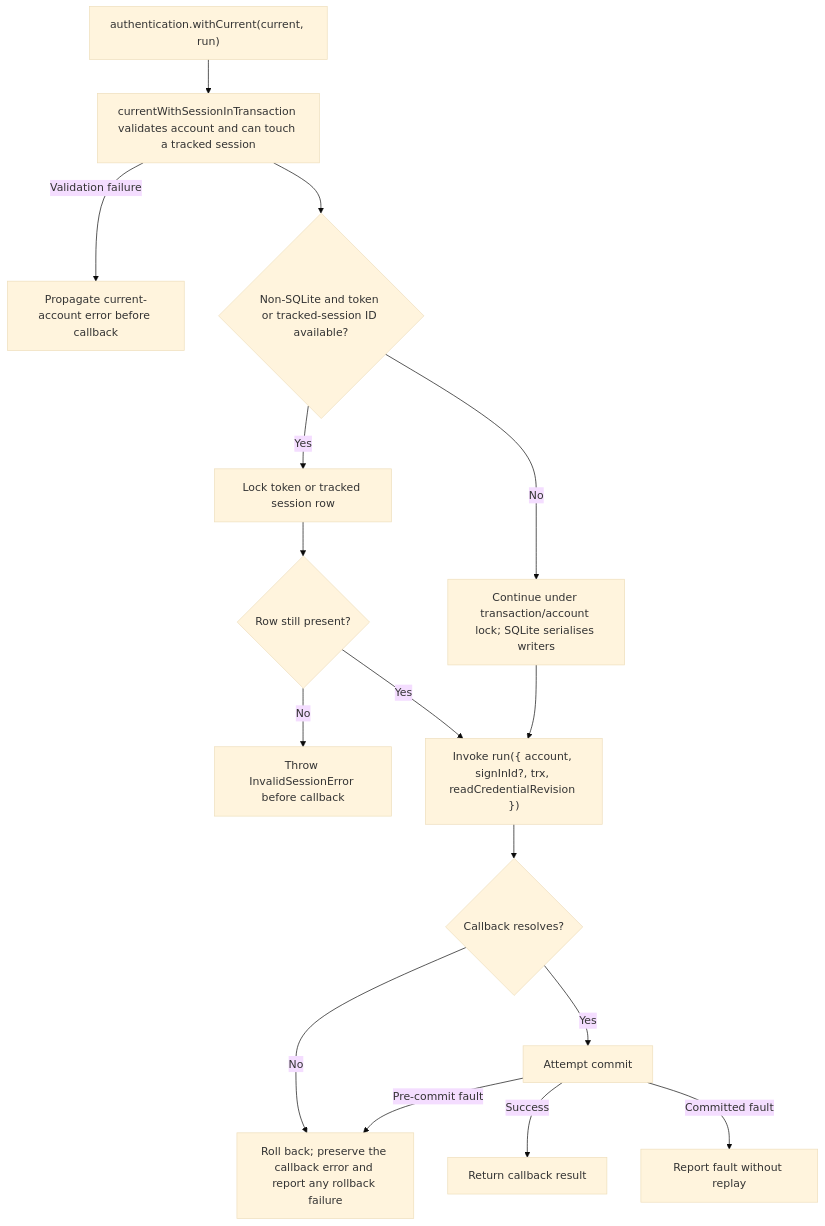
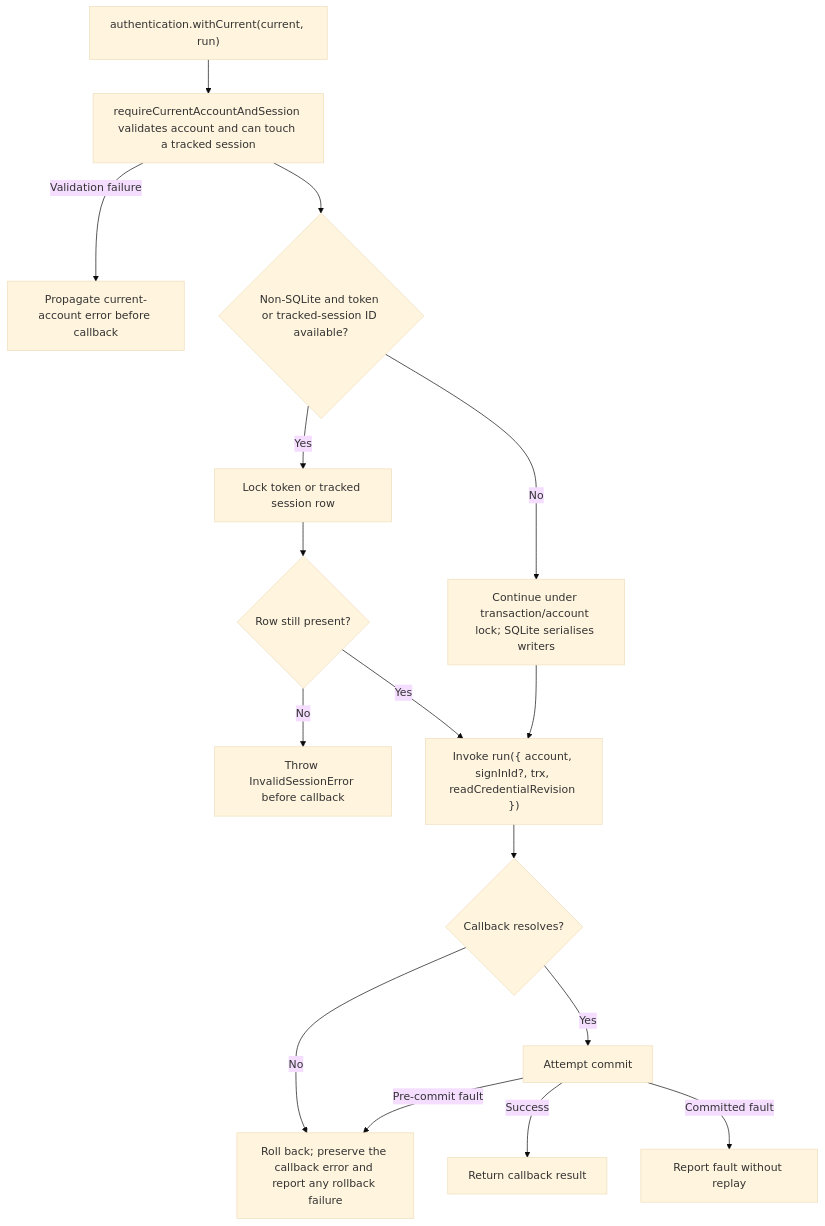
One commit to Kevinjohn/oss-adonisjs-account-kit changed the second of 2 diagrams in user-stories/US-ACCOUNT-41-guard-host-write-with-current.md. Above: the diagram before and after it, drawn with Mermaid (base theme). The commit also changed 29 other files, not shown here.

````diff
--- a/user-stories/US-ACCOUNT-41-guard-host-write-with-current.md
+++ b/user-stories/US-ACCOUNT-41-guard-host-write-with-current.md
@@ -36,18 +36,18 @@
 ```mermaid
 flowchart TD
- A["authentication.withCurrent(current, run)"] --> B["currentWithSessionInTransaction validates account and can touch a tracked session"]
+ A["authentication.withCurrent(current, run)"] --> B["requireCurrentAccountAndSession validates account and can touch a tracked session"]
  B -->|Validation failure| V0["Propagate current-account error before callback"]
  B --> C{"Non-SQLite and token or tracked-session ID available?"}
  C -->|Yes| D["Lock token or tracked session row"]
  D --> V{"Row still present?"}
  V -->|No| X["Throw InvalidSessionError before callback"]
  C -->|No| E["Continue under transaction/account lock; SQLite serialises writers"]
  V -->|Yes| F["Invoke run({ account, signInId?, trx, readCredentialRevision })"]
  E --> F
  F --> G{"Callback resolves?"}
  G -->|No| H["Roll back; preserve the callback error and report any rollback failure"]
  G -->|Yes| I["Attempt commit"]
  I -->|Success| U["Return callback result"]
  I -->|Pre-commit fault| H
  I -->|Committed fault| J["Report fault without replay"]
 ```
````
